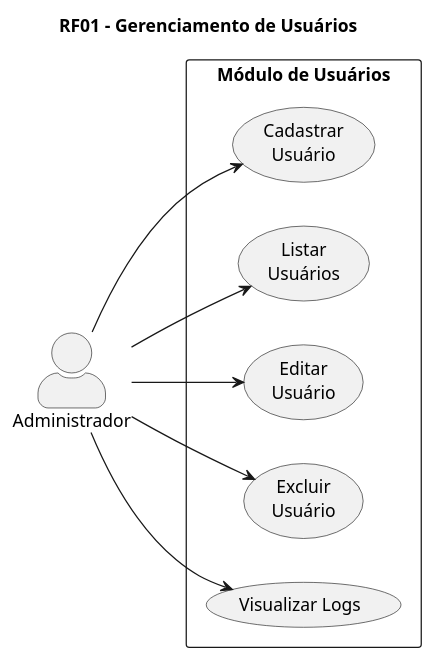
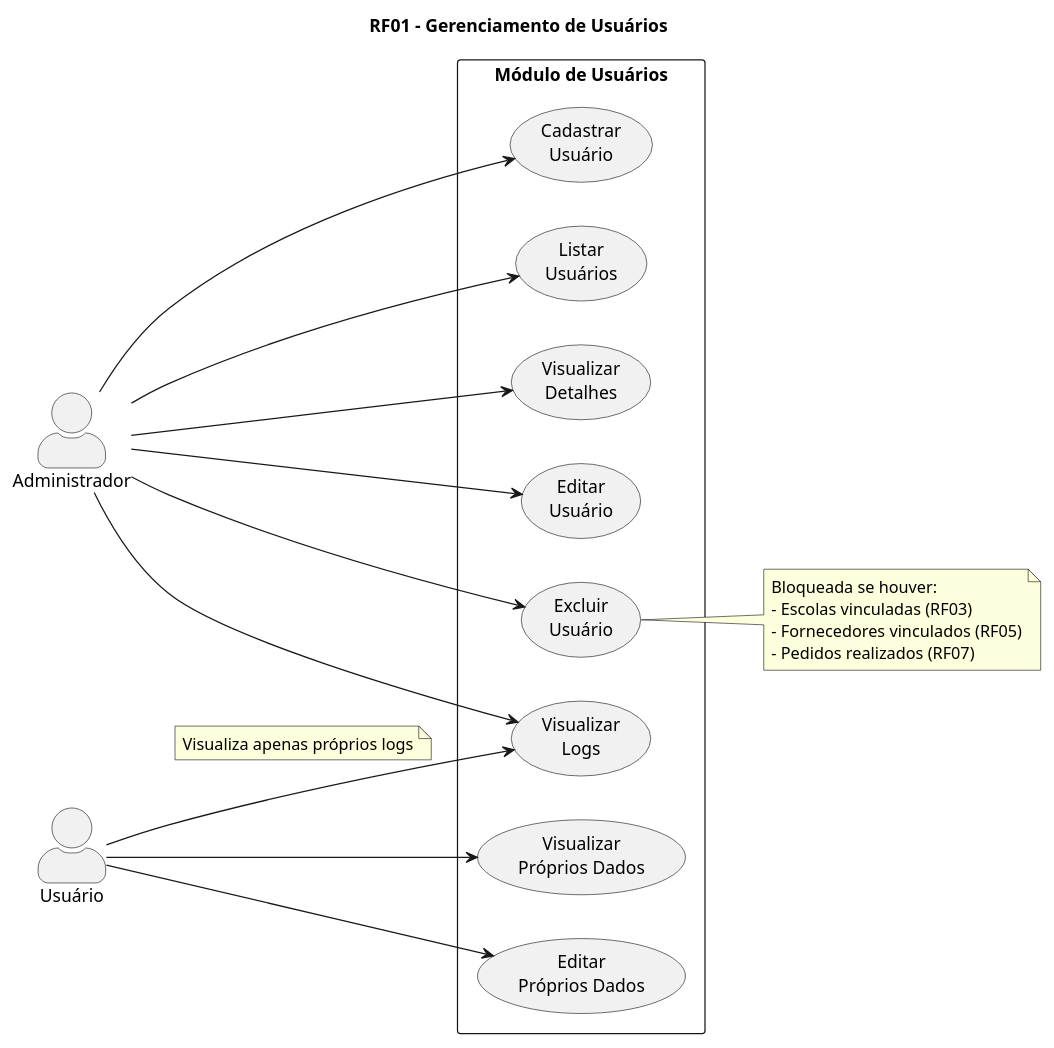
One commit to murs77r/conecta-uniforme changed the diagram in diagrams/modulo-usuarios.puml. Above: the diagram before and after it, drawn with PlantUML. The commit also changed 15 other files, not shown here.

```diff
--- a/diagrams/modulo-usuarios.puml
+++ b/diagrams/modulo-usuarios.puml
@@ -1,26 +1,48 @@
 @startuml
 ' RF01 - Gerenciamento de Usuários
 
 left to right direction
 
 skinparam actorStyle awesome
 
 title RF01 - Gerenciamento de Usuários
 
 actor Administrador
 
+actor Usuário
+
 rectangle "Módulo de Usuários" {
     usecase "Cadastrar\nUsuário" as UC01_1
     usecase "Listar\nUsuários" as UC01_2
-    usecase "Editar\nUsuário" as UC01_3
-    usecase "Excluir\nUsuário" as UC01_4
-    usecase "Visualizar Logs" as UC01_5
+    usecase "Visualizar\nDetalhes" as UC01_3
+    usecase "Editar\nUsuário" as UC01_4
+    usecase "Excluir\nUsuário" as UC01_5
+    usecase "Visualizar\nLogs" as UC01_6
+    usecase "Visualizar\nPróprios Dados" as UC01_7
+    usecase "Editar\nPróprios Dados" as UC01_8
 }
 
+' Administrador - controle total
 Administrador --> UC01_1
 Administrador --> UC01_2
 Administrador --> UC01_3
 Administrador --> UC01_4
 Administrador --> UC01_5
+Administrador --> UC01_6
+
+' Usuário - autogestão limitada
+Usuário --> UC01_7
+Usuário --> UC01_8
+Usuário --> UC01_6
+note on link
+  Visualiza apenas próprios logs
+end note
+
+note right of UC01_5
+  Bloqueada se houver:
+  - Escolas vinculadas (RF03)
+  - Fornecedores vinculados (RF05)
+  - Pedidos realizados (RF07)
+end note
 
 @enduml
```
